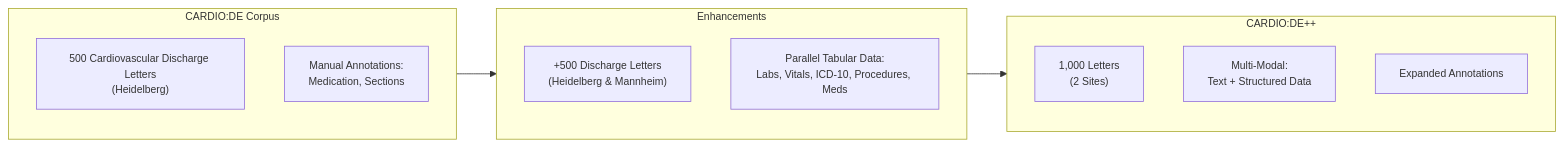
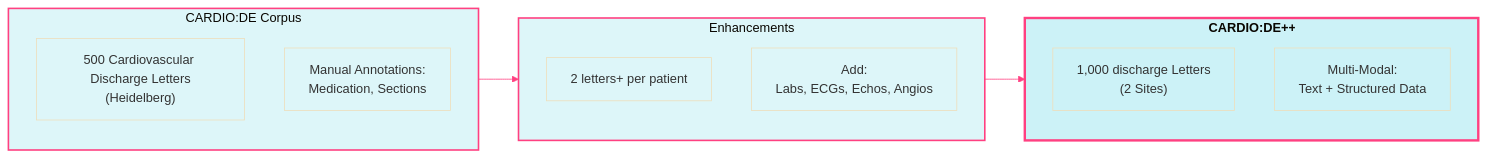
The fourth of 5 diagrams in slides.md (phiwi/cardio_dfg), drawn with Mermaid before and after one commit. The commit also changed other lines of this file and 3 other files, not shown here.

````diff
--- a/slides.md
+++ b/slides.md
@@ -357,22 +447,22 @@
 ```mermaid
-%%{init: {'themeVariables': { 'fontSize': '13px', 'nodePadding': '10', 'nodeSpacing': '20' }}}%%
+%%{init: {'theme': 'base', 'themeVariables': { 'mainBkg': 'transparent' }}}%%
 flowchart LR
     subgraph CARDIO_DE["CARDIO:DE Corpus"]
       A1["500 Cardiovascular Discharge Letters<br/>(Heidelberg)"]
       A2["Manual Annotations:<br/>Medication, Sections"]
     end
-
     subgraph EXT["Enhancements"]
-      B1["+500 Discharge Letters<br/>(Heidelberg & Mannheim)"]
-      B2["Parallel Tabular Data:<br/>Labs, Vitals, ICD-10, Procedures, Meds"]
+      B1["2 letters+ per patient"]
+      B2["Add:<br> Labs, ECGs, Echos, Angios"]
     end
-
     subgraph CARDIO_DEPP["CARDIO:DE++"]
-      C1["1,000 Letters<br/>(2 Sites)"]
+      C1["1,000 discharge Letters<br/>(2 Sites)"]
       C2["Multi-Modal:<br/>Text + Structured Data"]
-      C3["Expanded Annotations"]
     end
-
     CARDIO_DE --> EXT
     EXT --> CARDIO_DEPP
-``` 
+    style CARDIO_DE fill:#00bcd422,stroke:#ff4081,stroke-width:2px
+    style EXT fill:#00bcd422,stroke:#ff4081,stroke-width:2px
+    style CARDIO_DEPP fill:#00bcd433,stroke:#ff4081,stroke-width:3px,font-weight:bold
+    linkStyle 0,1 stroke:#ff4081
+```
````
